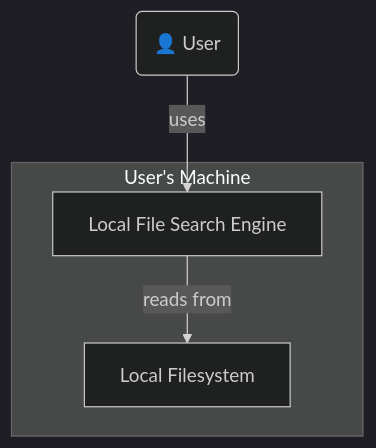
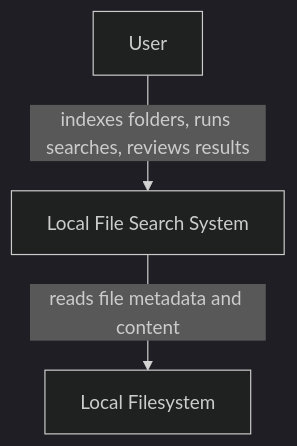
The first of 7 diagrams in ARCHITECTURE.md (ralu2004/Local-File-Search-System), drawn with Mermaid (dark theme) before and after one commit. The commit also changed other lines of this file, not shown here.

First line of the commit message:
docs(architecture): refine C4 architecture document

````diff
--- a/ARCHITECTURE.md
+++ b/ARCHITECTURE.md
@@ -11,12 +23,9 @@
 ```mermaid
 graph TD
-    User("👤 User")
+    User["User"]
+    System["Local File Search System"]
+    FS["Local Filesystem"]
 
-    subgraph Machine["User's Machine"]
-        Engine["Local File Search Engine"]
-        FS["Local Filesystem"]
-    end
-
-    User -->|uses| Engine
-    Engine -->|reads from| FS
+    User -->|indexes folders, runs searches, reviews results| System
+    System -->|reads file metadata and content| FS
 ```
````
